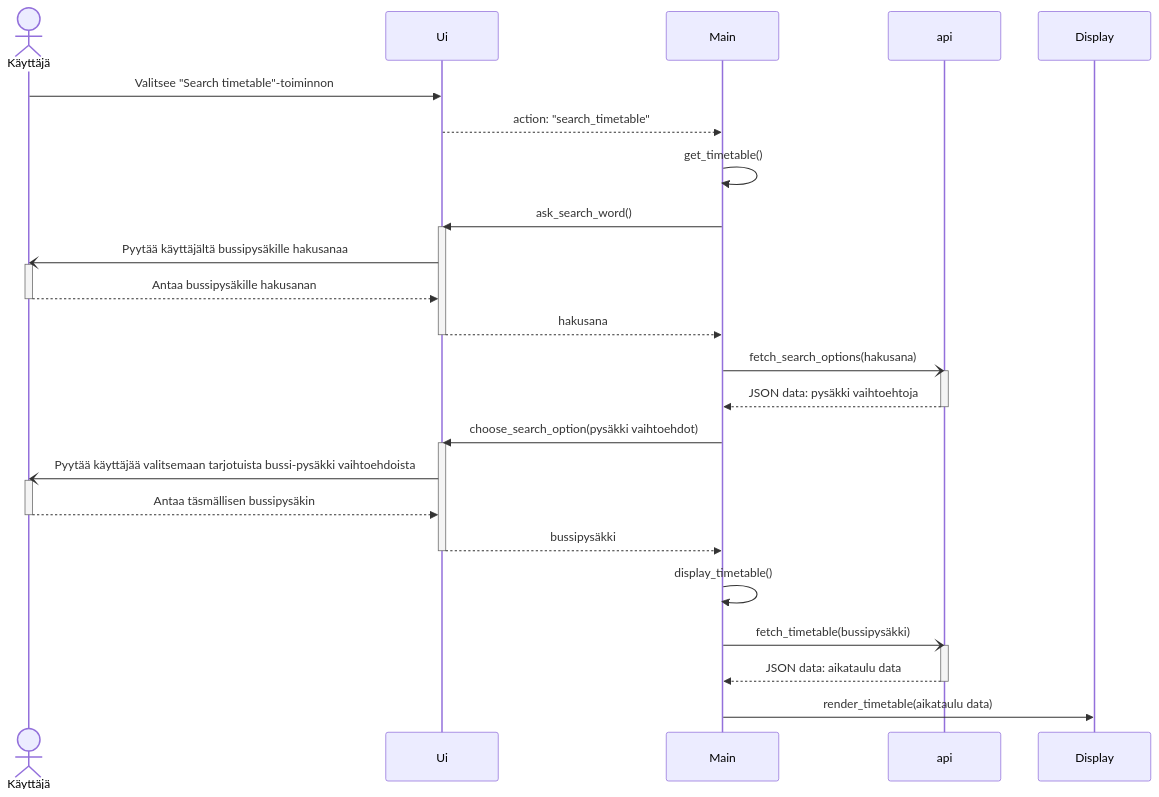
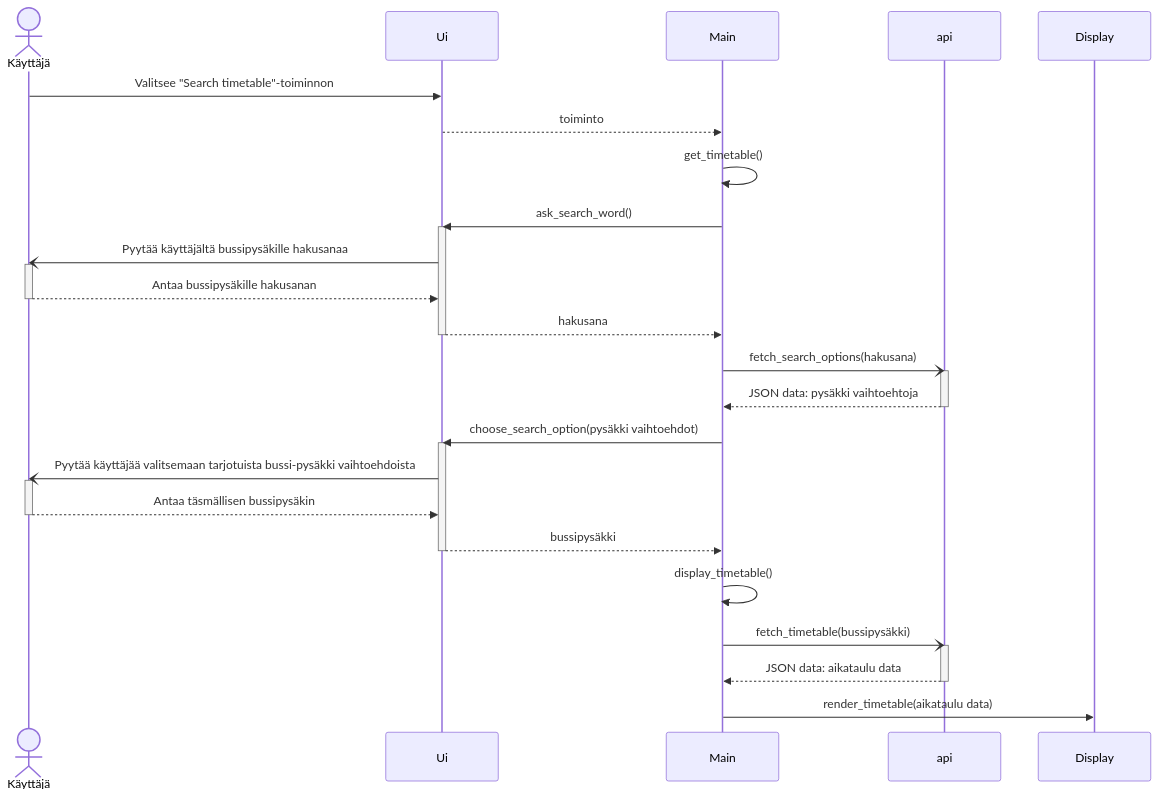
Before and after one commit to astranero/ot-harjoitustyo-1: the fourth of 4 diagrams in bussitt-app/dokumentaatio/arkkitehtuuri.md, drawn with Mermaid. The commit also changed other lines of this file, not shown here.

Commit message:
korjauksia

````diff
--- a/bussitt-app/dokumentaatio/arkkitehtuuri.md
+++ b/bussitt-app/dokumentaatio/arkkitehtuuri.md
@@ -73,39 +72,39 @@
 ```mermaid
 sequenceDiagram
     actor Käyttäjä
     participant Ui
     participant Main
     participant api
     participant Display
     
     Käyttäjä->>Ui: Valitsee "Search timetable"-toiminnon
-    Ui-->>Main: action: "search_timetable"
+    Ui-->>Main: toiminto
     Main->>Main: get_timetable()
     Main->>Ui: ask_search_word()
     activate Ui
     Ui-)Käyttäjä: Pyytää käyttäjältä bussipysäkille hakusanaa
     activate Käyttäjä
     Käyttäjä-->>Ui: Antaa bussipysäkille hakusanan
     deactivate Käyttäjä
     Ui-->>Main: hakusana
     deactivate Ui
     Main-)api: fetch_search_options(hakusana)
     activate api
     api-->>Main: JSON data: pysäkki vaihtoehtoja
     deactivate api
     Main->>Ui: choose_search_option(pysäkki vaihtoehdot)
     activate Ui
     Ui-)Käyttäjä: Pyytää käyttäjää valitsemaan tarjotuista bussi-pysäkki vaihtoehdoista
     activate Käyttäjä
     Käyttäjä-->>Ui: Antaa täsmällisen bussipysäkin
     deactivate Käyttäjä
     Ui-->>Main: bussipysäkki
     deactivate Ui
     Main->>Main: display_timetable()
     Main-)api: fetch_timetable(bussipysäkki)
     activate api
     api-->>Main: JSON data: aikataulu data
     deactivate api
     Main->>Display: render_timetable(aikataulu data)
 
 ```
````
